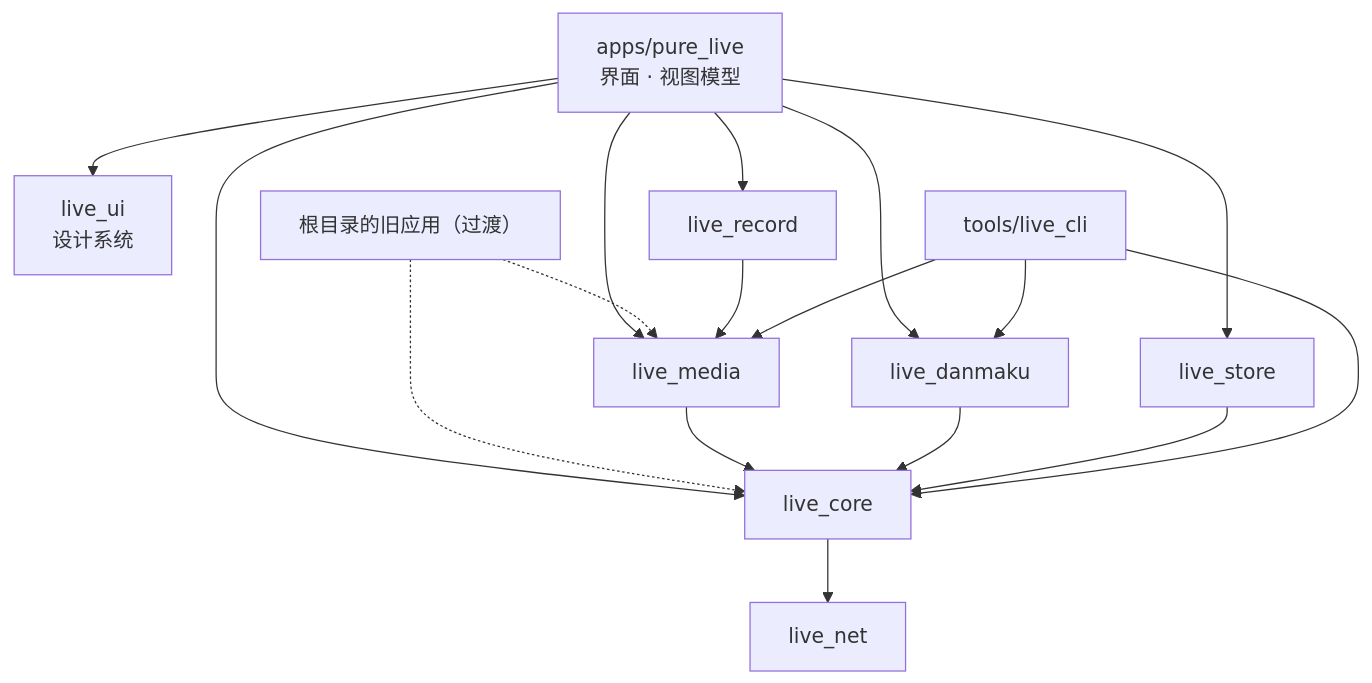
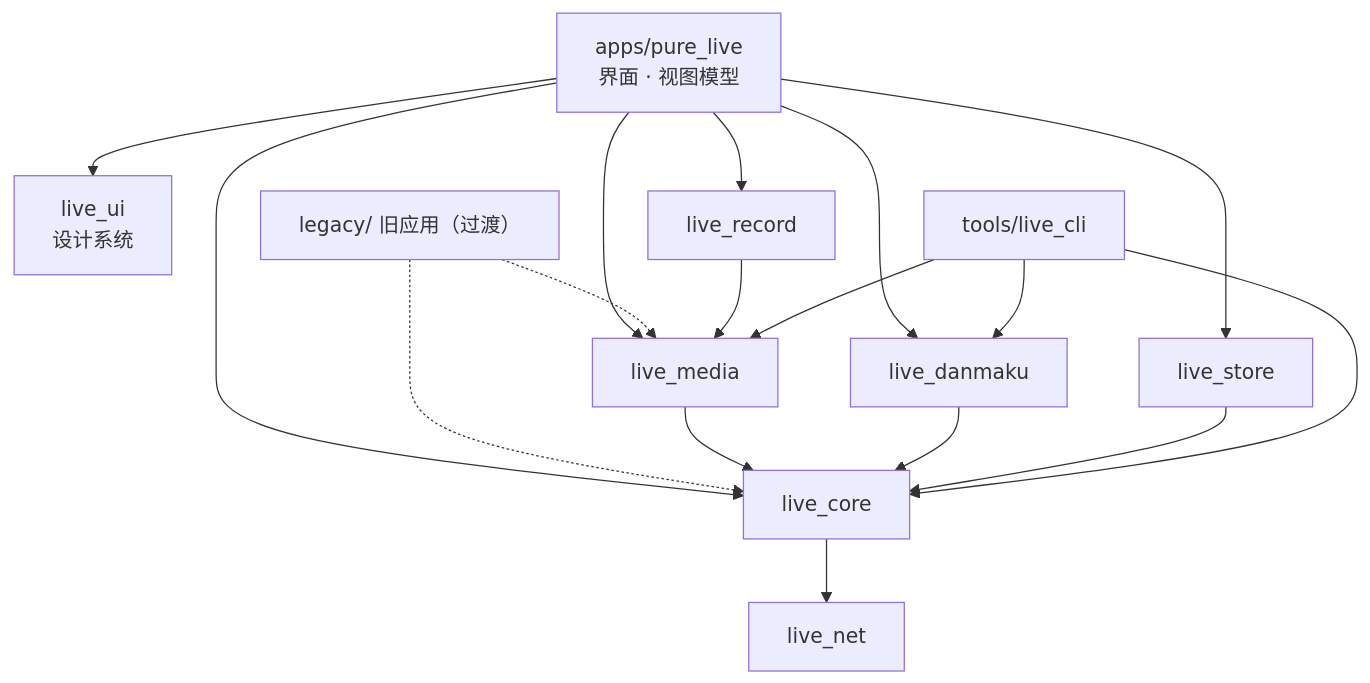
The first of 3 diagrams in docs/rewrite/PLAN.md (wzgrx/pure_live), drawn with Mermaid before and after one commit. The commit also changed other lines of this file and 3 other files, not shown here.

````diff
--- a/docs/rewrite/PLAN.md
+++ b/docs/rewrite/PLAN.md
@@ -205,19 +207,19 @@
 ```mermaid
 flowchart TD
   app["apps/pure_live<br/>界面 · 视图模型"] --> ui["live_ui<br/>设计系统"]
   app --> media["live_media"]
   app --> record["live_record"]
   app --> dm["live_danmaku"]
   app --> store["live_store"]
   app --> core["live_core"]
-  legacy["根目录的旧应用（过渡）"] -.-> core
+  legacy["legacy/ 旧应用（过渡）"] -.-> core
   legacy -.-> media
   record --> media
   media --> core
   dm --> core
   core --> net["live_net"]
   store --> core
   cli["tools/live_cli"] --> core
   cli --> media
   cli --> dm
 ```
````
